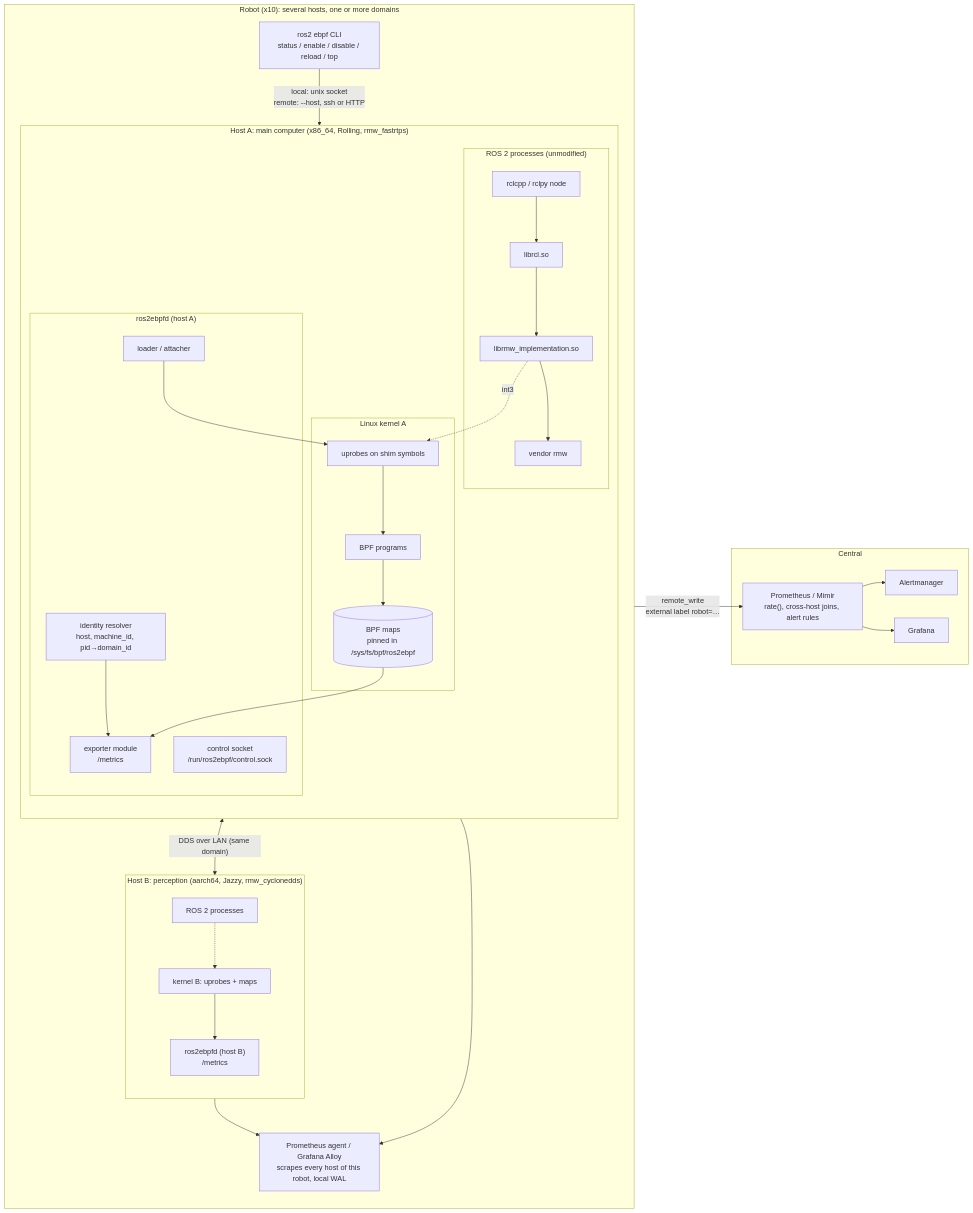
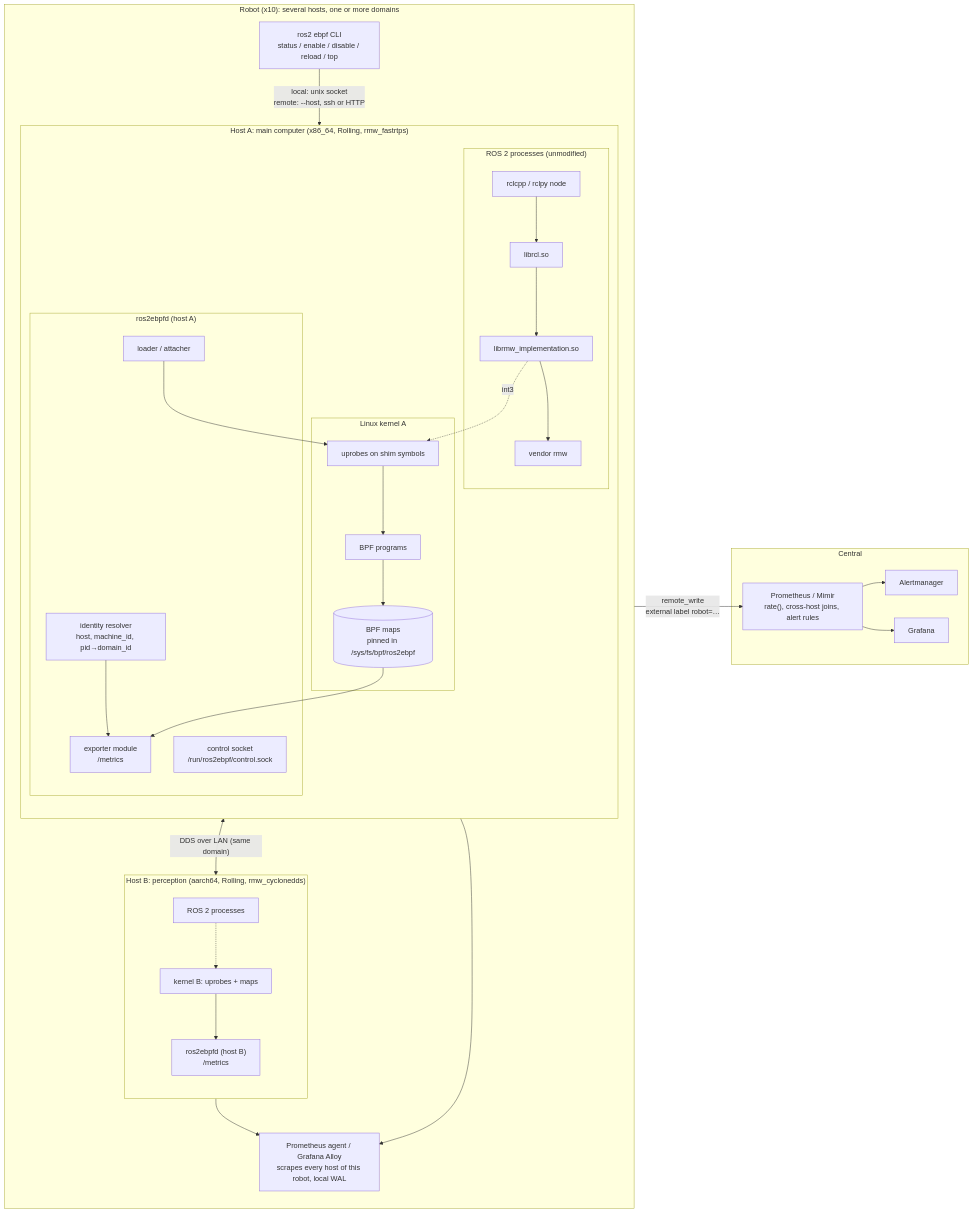
One commit to fujitatomoya/ros2ebpf changed the first of 2 diagrams in docs/design.md. Above: the diagram before and after it, drawn with Mermaid. The commit also changed other lines of this file and 32 other files, not shown here.

````diff
--- a/docs/design.md
+++ b/docs/design.md
@@ -61,46 +62,46 @@
 ```mermaid
 flowchart LR
     subgraph robot["Robot (x10): several hosts, one or more domains"]
         direction TB
         subgraph hostA["Host A: main computer (x86_64, Rolling, rmw_fastrtps)"]
             direction TB
             subgraph procA["ROS 2 processes (unmodified)"]
                 nodeA["rclcpp / rclpy node"] --> rclA["librcl.so"]
                 rclA --> shimA["librmw_implementation.so"]
                 shimA --> rmwA["vendor rmw"]
             end
             subgraph kernelA["Linux kernel A"]
                 uprobeA["uprobes on shim symbols"] --> bpfA["BPF programs"] --> mapsA[("BPF maps<br/>pinned in /sys/fs/bpf/ros2ebpf")]
             end
             shimA -. int3 .-> uprobeA
             subgraph daemonA["ros2ebpfd (host A)"]
                 loaderA["loader / attacher"]
                 identA["identity resolver<br/>host, machine_id, pid→domain_id"]
                 expA["exporter module<br/>/metrics"]
                 ctlA["control socket<br/>/run/ros2ebpf/control.sock"]
             end
             loaderA --> uprobeA
             mapsA --> expA
             identA --> expA
         end
-        subgraph hostB["Host B: perception (aarch64, Jazzy, rmw_cyclonedds)"]
+        subgraph hostB["Host B: perception (aarch64, Rolling, rmw_cyclonedds)"]
             direction TB
             procB["ROS 2 processes"] -.-> kernelB["kernel B: uprobes + maps"]
             kernelB --> daemonB["ros2ebpfd (host B)<br/>/metrics"]
         end
         hostA <-- "DDS over LAN (same domain)" --> hostB
         cli["ros2 ebpf CLI<br/>status / enable / disable / reload / top"]
         cli -- "local: unix socket<br/>remote: --host, ssh or HTTP" --> ctlA
         collector["Prometheus agent / Grafana Alloy<br/>scrapes every host of this robot, local WAL"]
         expA --> collector
         daemonB --> collector
     end
     subgraph server["Central"]
         prom["Prometheus / Mimir<br/>rate(), cross-host joins, alert rules"]
         am["Alertmanager"]
         graf["Grafana"]
         prom --> am
         prom --> graf
     end
     collector -- "remote_write<br/>external label robot=…" --> prom
 ```
````
